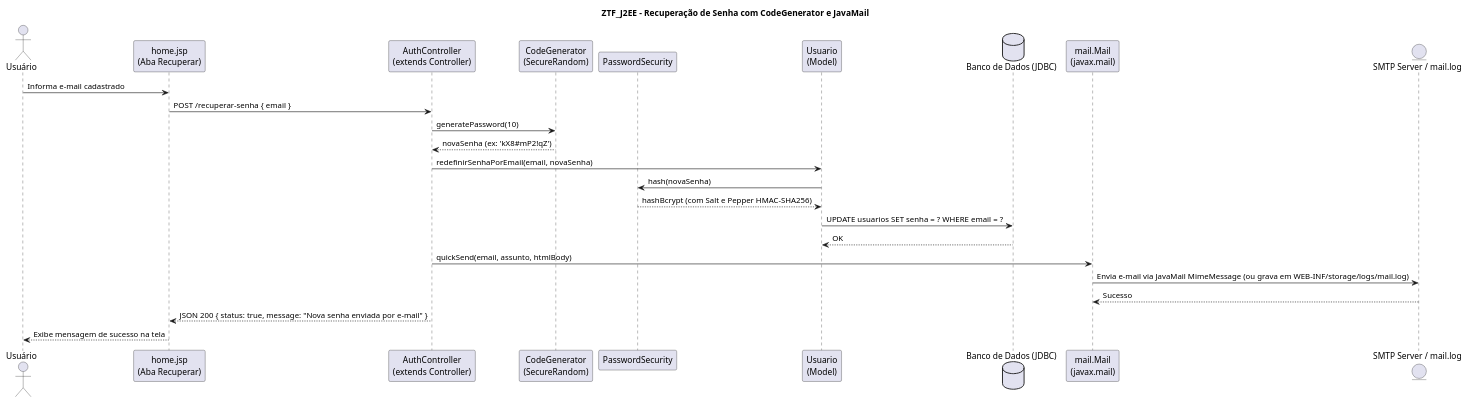
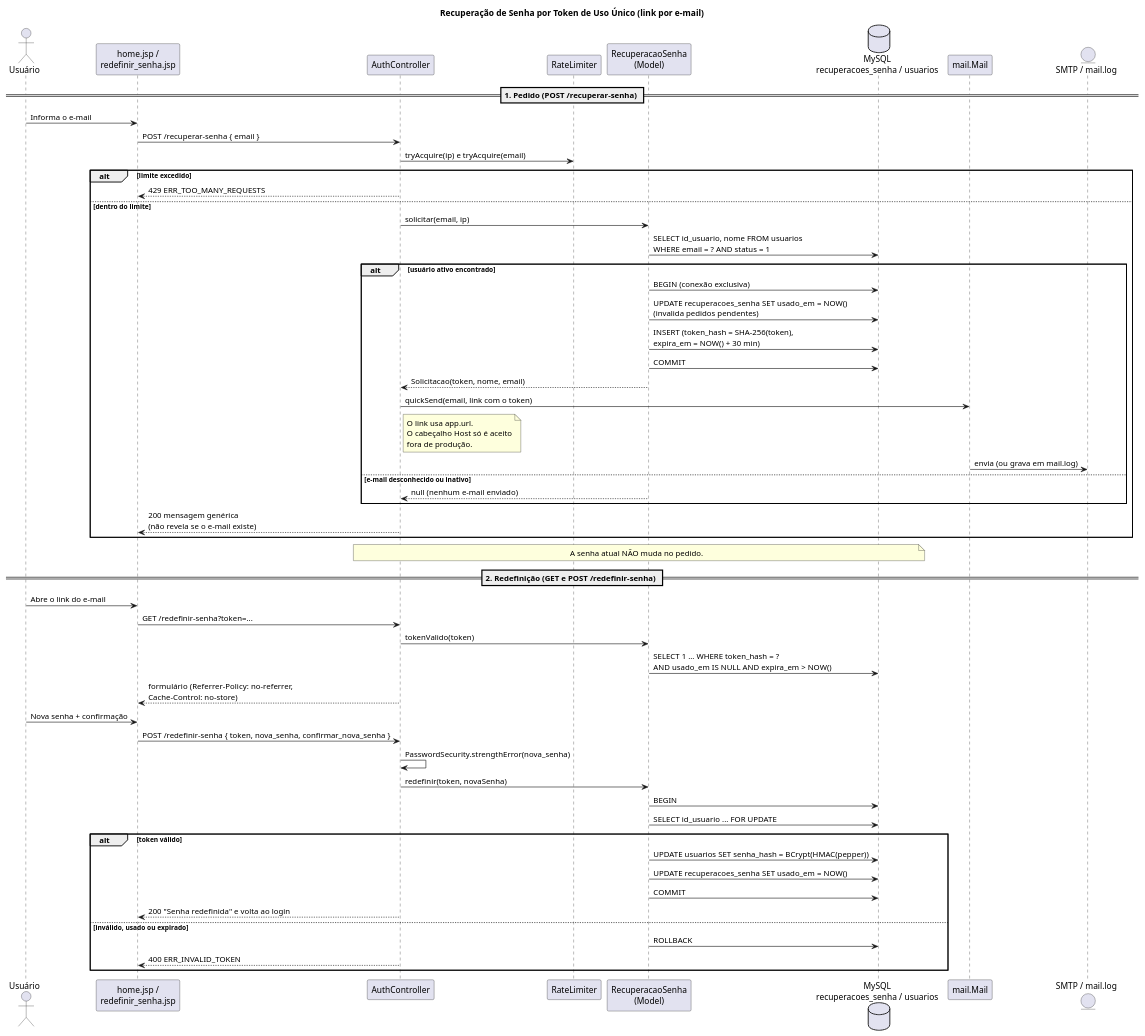
Before and after one commit to roobertoAlves/hospital-case-backend: the diagram in src/main/webapp/WEB-INF/documentation/Mail_Recovery.puml, drawn with PlantUML. The commit also changed 11 other files, not shown here.

First line of the commit message:
docs: atualiza PlantUML, manual e README para recuperacao por token e banco hospital

```diff
--- a/src/main/webapp/WEB-INF/documentation/Mail_Recovery.puml
+++ b/src/main/webapp/WEB-INF/documentation/Mail_Recovery.puml
@@ -1,33 +1,64 @@
 @startuml Mail_Recovery
-title ZTF_J2EE - Recuperação de Senha com CodeGenerator e JavaMail
+title Recuperação de Senha por Token de Uso Único (link por e-mail)
 
 actor "Usuário" as User
-participant "home.jsp\n(Aba Recuperar)" as View
-participant "AuthController\n(extends Controller)" as Controller
-participant "CodeGenerator\n(SecureRandom)" as Gen
-participant "PasswordSecurity" as Sec
-participant "Usuario\n(Model)" as Model
-database "Banco de Dados (JDBC)" as DB
-participant "mail.Mail\n(javax.mail)" as Mail
-entity "SMTP Server / mail.log" as SMTP
+participant "home.jsp /\nredefinir_senha.jsp" as View
+participant "AuthController" as Controller
+participant "RateLimiter" as Limiter
+participant "RecuperacaoSenha\n(Model)" as Model
+database "MySQL\nrecuperacoes_senha / usuarios" as DB
+participant "mail.Mail" as Mail
+entity "SMTP / mail.log" as SMTP
 
-User -> View : Informa e-mail cadastrado
+== 1. Pedido (POST /recuperar-senha) ==
+User -> View : Informa o e-mail
 View -> Controller : POST /recuperar-senha { email }
+Controller -> Limiter : tryAcquire(ip) e tryAcquire(email)
+alt limite excedido
+    Controller --> View : 429 ERR_TOO_MANY_REQUESTS
+else dentro do limite
+    Controller -> Model : solicitar(email, ip)
+    Model -> DB : SELECT id_usuario, nome FROM usuarios\nWHERE email = ? AND status = 1
+    alt usuário ativo encontrado
+        Model -> DB : BEGIN (conexão exclusiva)
+        Model -> DB : UPDATE recuperacoes_senha SET usado_em = NOW()\n(invalida pedidos pendentes)
+        Model -> DB : INSERT (token_hash = SHA-256(token),\nexpira_em = NOW() + 30 min)
+        Model -> DB : COMMIT
+        Model --> Controller : Solicitacao(token, nome, email)
+        Controller -> Mail : quickSend(email, link com o token)
+        note right of Controller
+          O link usa app.url.
+          O cabeçalho Host só é aceito
+          fora de produção.
+        end note
+        Mail -> SMTP : envia (ou grava em mail.log)
+    else e-mail desconhecido ou inativo
+        Model --> Controller : null (nenhum e-mail enviado)
+    end
+    Controller --> View : 200 mensagem genérica\n(não revela se o e-mail existe)
+end
+note over Controller, DB : A senha atual NÃO muda no pedido.
 
-Controller -> Gen : generatePassword(10)
-Gen --> Controller : novaSenha (ex: 'kX8#mP2!qZ')
+== 2. Redefinição (GET e POST /redefinir-senha) ==
+User -> View : Abre o link do e-mail
+View -> Controller : GET /redefinir-senha?token=...
+Controller -> Model : tokenValido(token)
+Model -> DB : SELECT 1 ... WHERE token_hash = ?\nAND usado_em IS NULL AND expira_em > NOW()
+Controller --> View : formulário (Referrer-Policy: no-referrer,\nCache-Control: no-store)
 
-Controller -> Model : redefinirSenhaPorEmail(email, novaSenha)
-Model -> Sec : hash(novaSenha)
-Sec --> Model : hashBcrypt (com Salt e Pepper HMAC-SHA256)
-Model -> DB : UPDATE usuarios SET senha = ? WHERE email = ?
-DB --> Model : OK
-
-Controller -> Mail : quickSend(email, assunto, htmlBody)
-Mail -> SMTP : Envia e-mail via JavaMail MimeMessage (ou grava em WEB-INF/storage/logs/mail.log)
-SMTP --> Mail : Sucesso
-
-Controller --> View : JSON 200 { status: true, message: "Nova senha enviada por e-mail" }
-View --> User : Exibe mensagem de sucesso na tela
-
+User -> View : Nova senha + confirmação
+View -> Controller : POST /redefinir-senha { token, nova_senha, confirmar_nova_senha }
+Controller -> Controller : PasswordSecurity.strengthError(nova_senha)
+Controller -> Model : redefinir(token, novaSenha)
+Model -> DB : BEGIN
+Model -> DB : SELECT id_usuario ... FOR UPDATE
+alt token válido
+    Model -> DB : UPDATE usuarios SET senha_hash = BCrypt(HMAC(pepper))
+    Model -> DB : UPDATE recuperacoes_senha SET usado_em = NOW()
+    Model -> DB : COMMIT
+    Controller --> View : 200 "Senha redefinida" e volta ao login
+else inválido, usado ou expirado
+    Model -> DB : ROLLBACK
+    Controller --> View : 400 ERR_INVALID_TOKEN
+end
 @enduml
```
